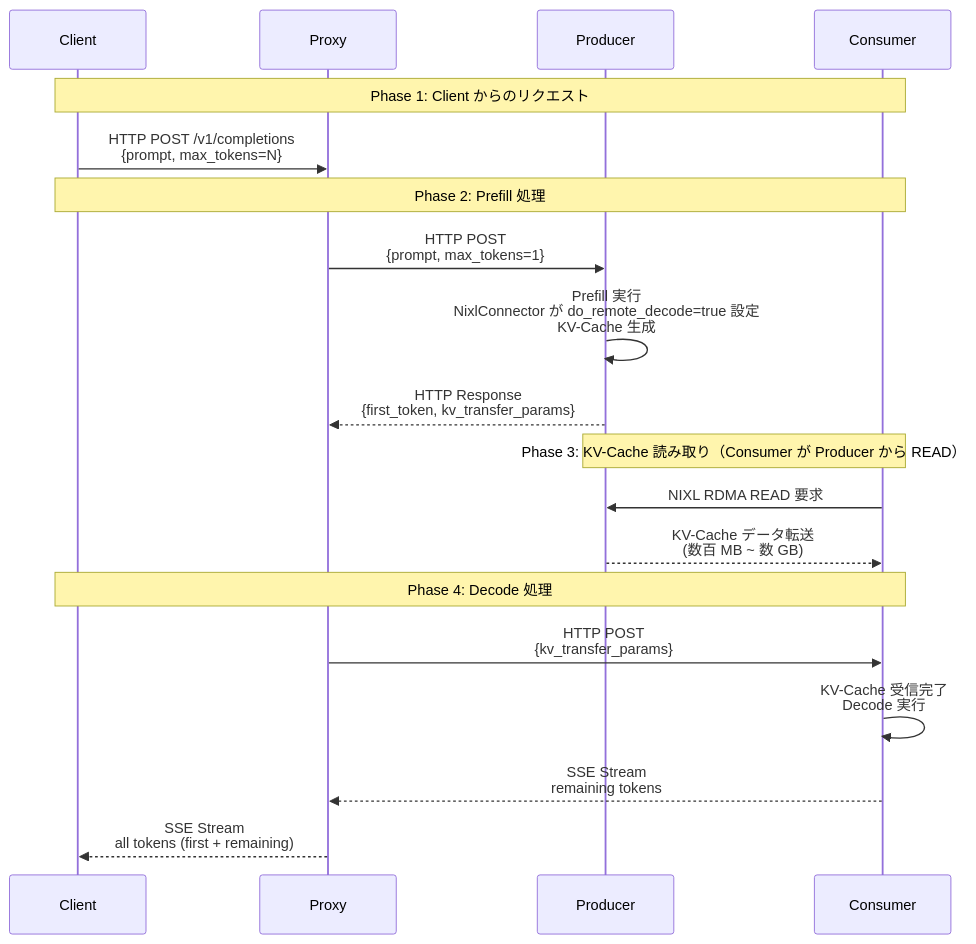
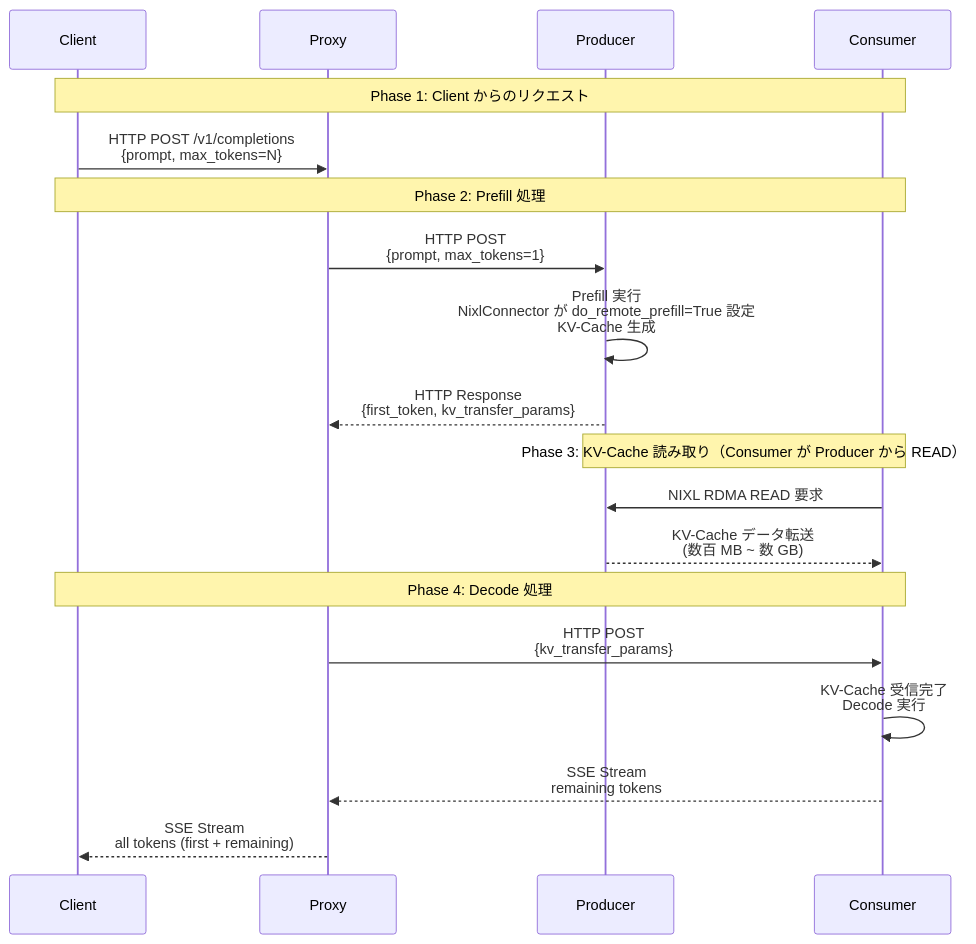
One commit to littlemex/zenn changed the second of 10 diagrams in articles/3dd524130320d3.md. Above: the diagram before and after it, drawn with Mermaid. The commit also changed other lines of this file, not shown here.

````diff
--- a/articles/3dd524130320d3.md
+++ b/articles/3dd524130320d3.md
@@ -64,25 +64,25 @@
 ```mermaid
 sequenceDiagram
     participant C as Client
     participant P as Proxy
     participant PF as Producer
     participant D as Consumer
 
     Note over C,D: Phase 1: Client からのリクエスト
     C->>P: HTTP POST /v1/completions<br/>{prompt, max_tokens=N}
 
     Note over C,D: Phase 2: Prefill 処理
     P->>PF: HTTP POST<br/>{prompt, max_tokens=1}
-    PF->>PF: Prefill 実行<br/>NixlConnector が do_remote_decode=true 設定<br/>KV-Cache 生成
+    PF->>PF: Prefill 実行<br/>NixlConnector が do_remote_prefill=True 設定<br/>KV-Cache 生成
     PF-->>P: HTTP Response<br/>{first_token, kv_transfer_params}
 
     Note over PF,D: Phase 3: KV-Cache 読み取り（Consumer が Producer から READ）
     D->>PF: NIXL RDMA READ 要求
     PF-->>D: KV-Cache データ転送<br/>(数百 MB ~ 数 GB)
 
     Note over C,D: Phase 4: Decode 処理
     P->>D: HTTP POST<br/>{kv_transfer_params}
     D->>D: KV-Cache 受信完了<br/>Decode 実行
     D-->>P: SSE Stream<br/>remaining tokens
     P-->>C: SSE Stream<br/>all tokens (first + remaining)
 ```
````
